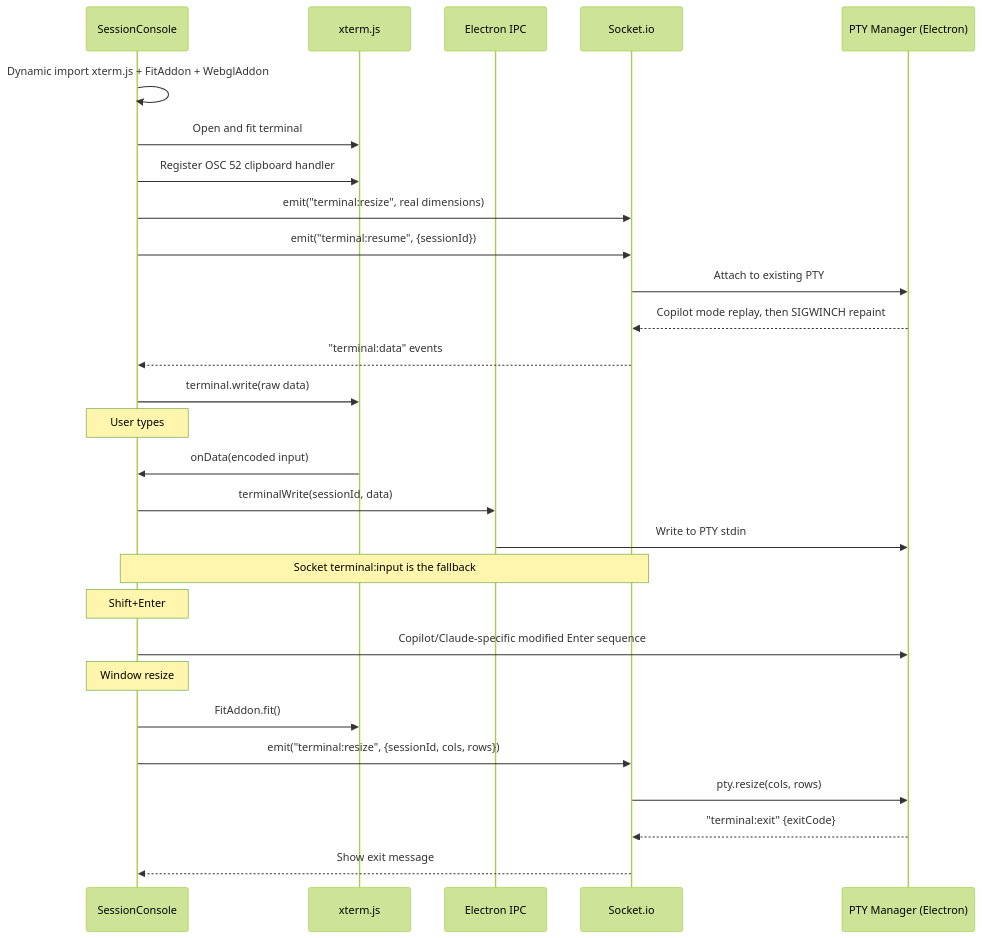
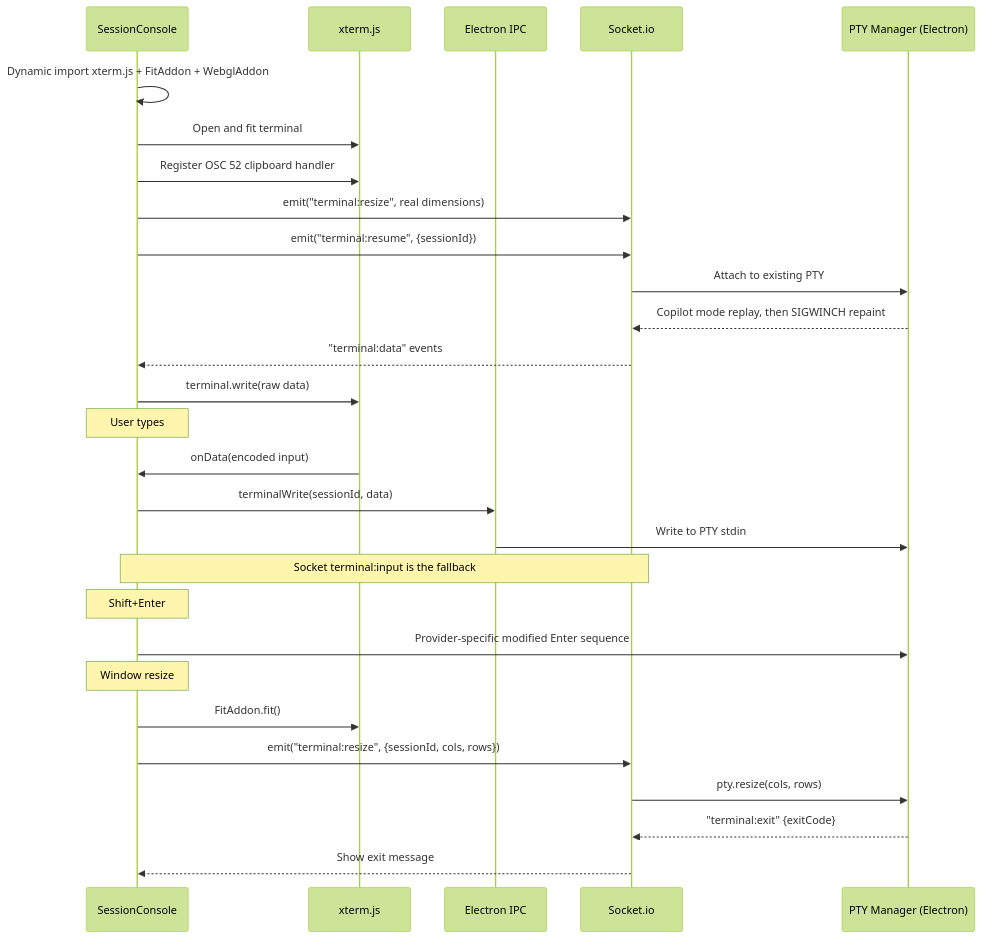
Before and after one commit to Nahom-Kefelegne/AgentMatrix: the fifth of 7 diagrams in docs/design/frontend-ui.md, drawn with Mermaid (forest theme). The commit also changed other lines of this file and 69 other files, not shown here.

````diff
--- a/docs/design/frontend-ui.md
+++ b/docs/design/frontend-ui.md
@@ -260,35 +315,35 @@
 ```mermaid
 sequenceDiagram
     participant UI as SessionConsole
     participant XT as xterm.js
     participant IPC as Electron IPC
     participant Socket as Socket.io
     participant PTY as PTY Manager (Electron)
 
     UI->>UI: Dynamic import xterm.js + FitAddon + WebglAddon
     UI->>XT: Open and fit terminal
     UI->>XT: Register OSC 52 clipboard handler
     UI->>Socket: emit("terminal:resize", real dimensions)
     UI->>Socket: emit("terminal:resume", {sessionId})
     Socket->>PTY: Attach to existing PTY
     PTY-->>Socket: Copilot mode replay, then SIGWINCH repaint
     Socket-->>UI: "terminal:data" events
     UI->>XT: terminal.write(raw data)
 
     Note over UI: User types
     XT->>UI: onData(encoded input)
     UI->>IPC: terminalWrite(sessionId, data)
     IPC->>PTY: Write to PTY stdin
     Note over UI,Socket: Socket terminal:input is the fallback
 
     Note over UI: Shift+Enter
-    UI->>PTY: Copilot/Claude-specific modified Enter sequence
+    UI->>PTY: Provider-specific modified Enter sequence
 
     Note over UI: Window resize
     UI->>XT: FitAddon.fit()
     UI->>Socket: emit("terminal:resize", {sessionId, cols, rows})
     Socket->>PTY: pty.resize(cols, rows)
 
     PTY-->>Socket: "terminal:exit" {exitCode}
     Socket-->>UI: Show exit message
 ```
````
